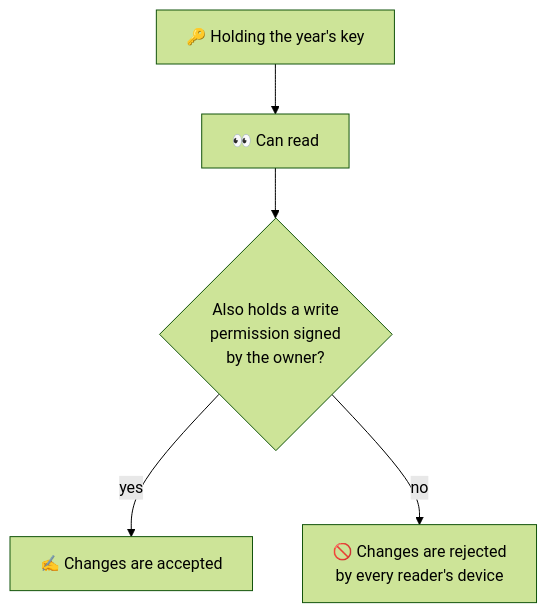
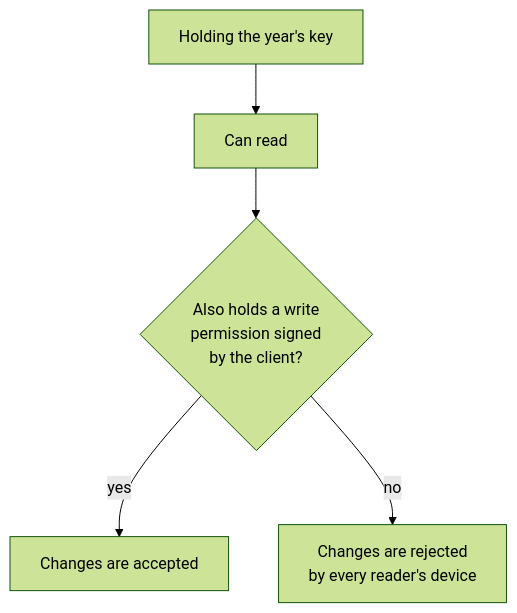
The tenth of 16 diagrams in src/content/blog/2026-11-12--sharing-encrypted-documents-without-trusting-your-server.md (kigster/kigre-astro), drawn with Mermaid (forest theme) before and after one commit. The commit also changed other lines of this file and 4 other files, not shown here.

````diff
--- a/src/content/blog/2026-11-12--sharing-encrypted-documents-without-trusting-your-server.md
+++ b/src/content/blog/2026-11-12--sharing-encrypted-documents-without-trusting-your-server.md
@@ -375,11 +431,11 @@
 ```mermaid
 flowchart TD
-    K["🔑 Holding the year's key"]
-    R["👀 Can read"]
-    W{"Also holds a write<br/>permission signed<br/>by the owner?"}
-    Y["✍️ Changes are accepted"]
-    N["🚫 Changes are rejected<br/>by every reader's device"]
+    K["Holding the year's key"]
+    R["Can read"]
+    W{"Also holds a write<br/>permission signed<br/>by the client?"}
+    Y["Changes are accepted"]
+    N["Changes are rejected<br/>by every reader's device"]
     K --> R --> W
     W -->|"yes"| Y
     W -->|"no"| N
 ```
````
